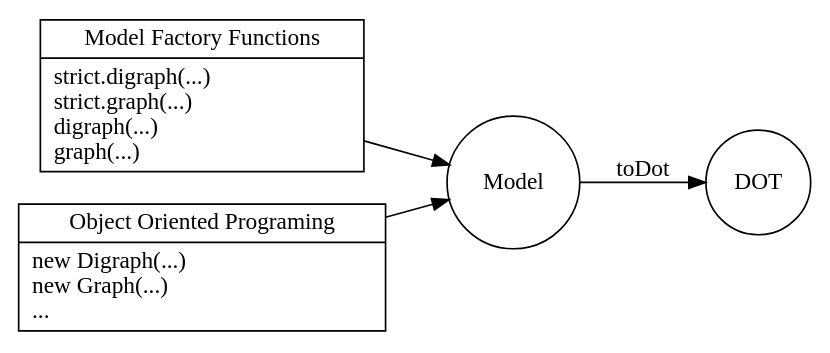
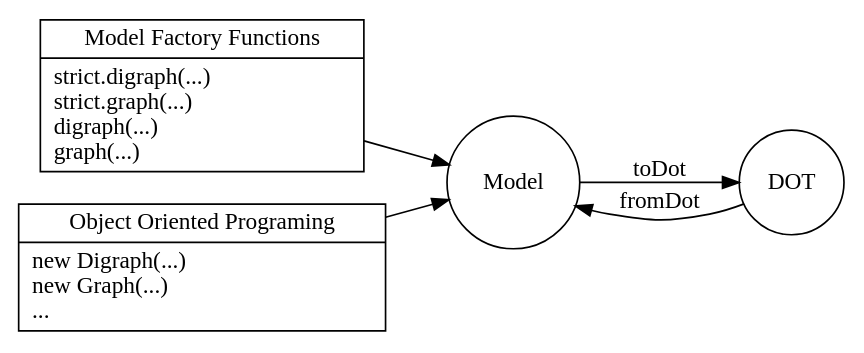
The diagram in media/ts-graphviz.dot (ts-graphviz/ts-graphviz), drawn with Graphviz before and after one commit. The commit also changed 6 other files, not shown here.

```diff
--- a/media/ts-graphviz.dot
+++ b/media/ts-graphviz.dot
@@ -1,20 +1,21 @@
 digraph state_machine {
   rankdir = LR;
   node [ shape = circle ]
 
-  // { rank = same; builder_fn; Model; DOT; }
+  // { rank = same; factory_fn; Model; DOT; }
 
-  builder_fn [
+  factory_fn [
     shape = record,
     label = "{{Model Factory Functions | strict.digraph(...)\lstrict.graph(...)\ldigraph(...)\lgraph(...)\l}}"
   ]
 
   oop [
     shape = record,
     label = "{{Object Oriented Programing | new Digraph(...)\lnew Graph(...)\l...\l}}"
   ]
 
-  {builder_fn, oop} -> Model;
+  {factory_fn, oop} -> Model;
 
   Model -> DOT [ label = "toDot" ]
+  DOT -> Model [ label = "fromDot" ]
 }
```
